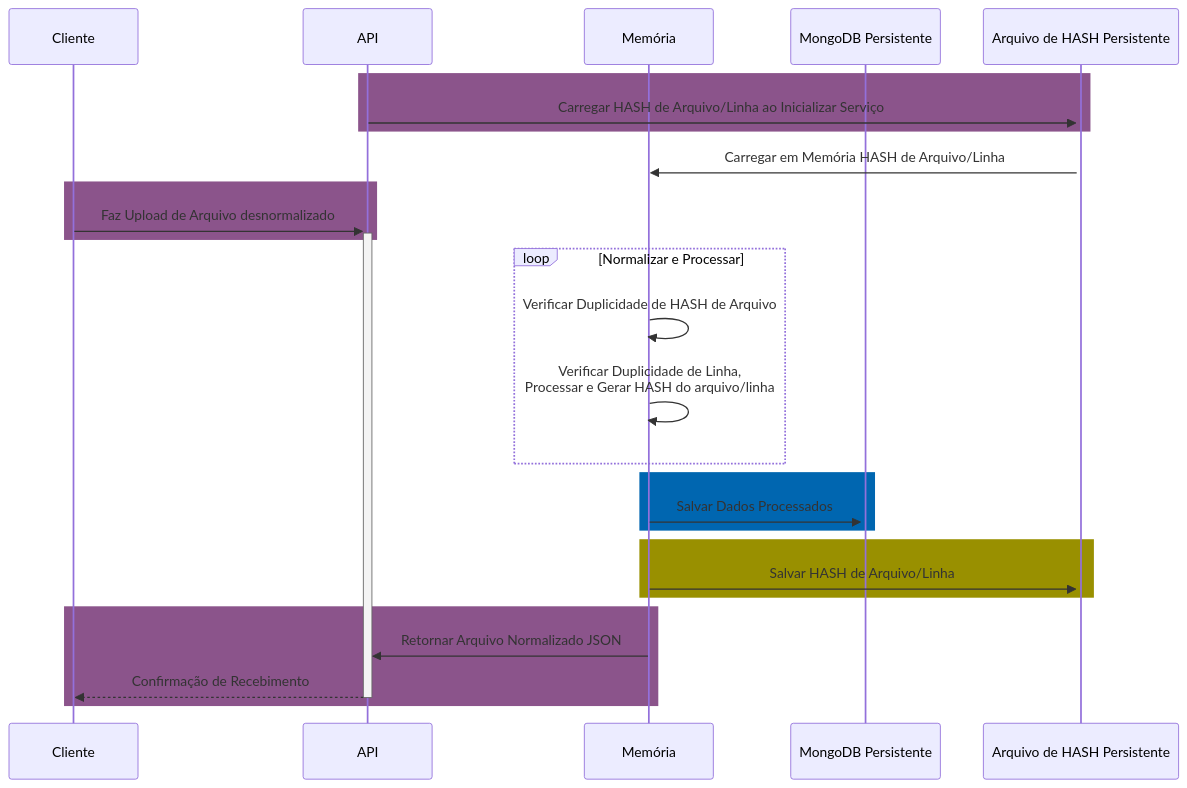
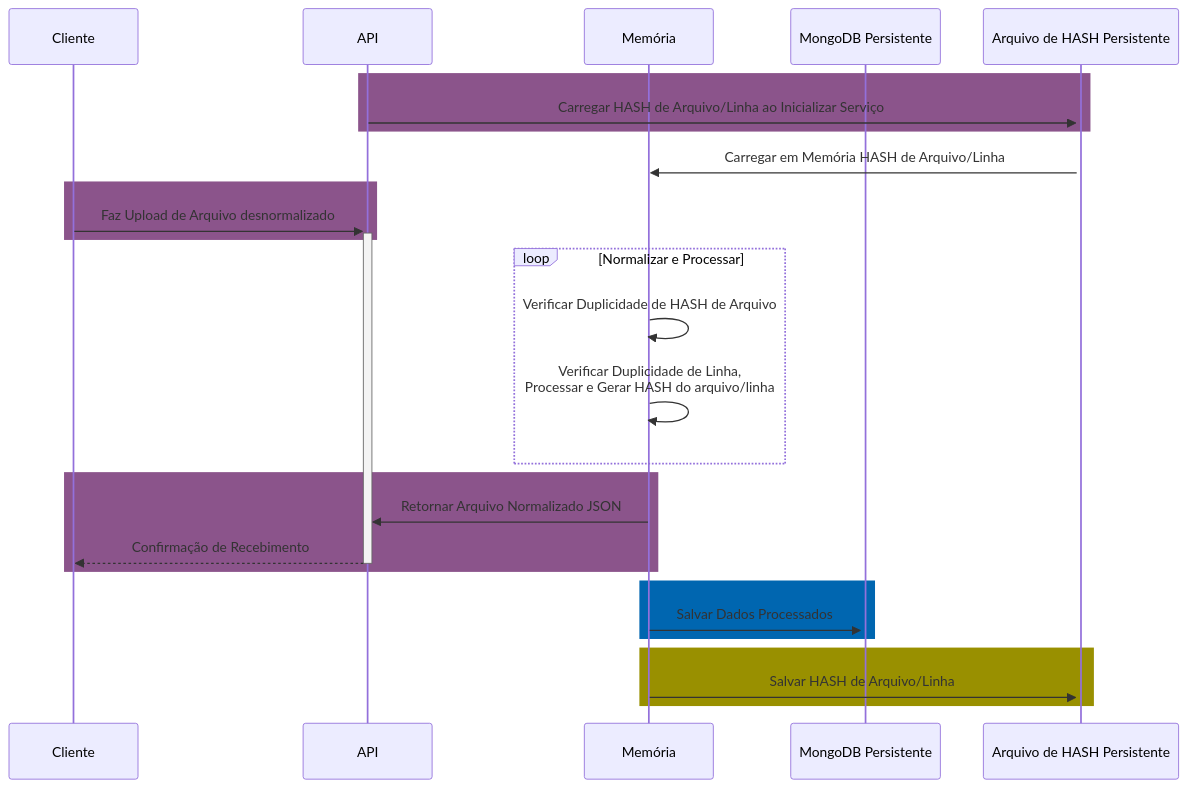
Before and after one commit to caputomarcos/luizalabs-logistics-challenge-order-api: the first of 2 diagrams in README.md, drawn with Mermaid. The commit also changed other lines of this file, not shown here.

````diff
--- a/README.md
+++ b/README.md
@@ -20,30 +20,30 @@
 ```mermaid
 sequenceDiagram
     participant Cliente as Cliente
     participant API as API
     participant Memória as Memória
     participant MongoDB as MongoDB Persistente
     participant ArquivoHash as Arquivo de HASH Persistente
 
     rect rgb(139, 84, 139)
     API->>+ArquivoHash: Carregar HASH de Arquivo/Linha ao Inicializar Serviço
     end
     ArquivoHash->>Memória: Carregar em Memória HASH de Arquivo/Linha
     rect rgb(139, 84, 139)
     Cliente->>+API: Faz Upload de Arquivo desnormalizado
     end
     loop Normalizar e Processar
         Memória->>Memória: Verificar Duplicidade de HASH de Arquivo
         Memória->>Memória: Verificar Duplicidade de Linha,<br/>Processar e Gerar HASH do arquivo/linha
     end
+    rect rgb(139, 84, 139)
+    Memória->>API: Retornar Arquivo Normalizado JSON
+    API-->>-Cliente: Confirmação de Recebimento
+    end
     rect rgb(0, 102, 176)
     Memória->>+MongoDB: Salvar Dados Processados
     end
     rect rgb(153, 144, 0)
     Memória->>+ArquivoHash: Salvar HASH de Arquivo/Linha
     end
-    rect rgb(139, 84, 139)
-    Memória->>API: Retornar Arquivo Normalizado JSON
-    API-->>-Cliente: Confirmação de Recebimento
-    end
 ```
````
